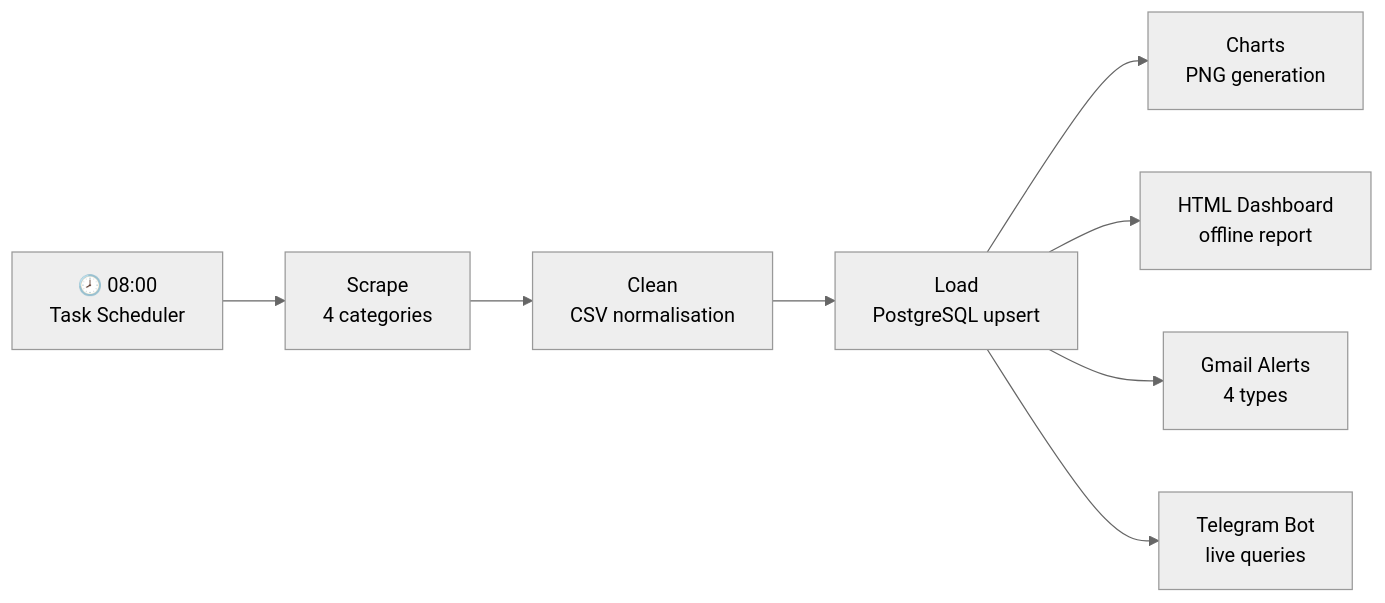
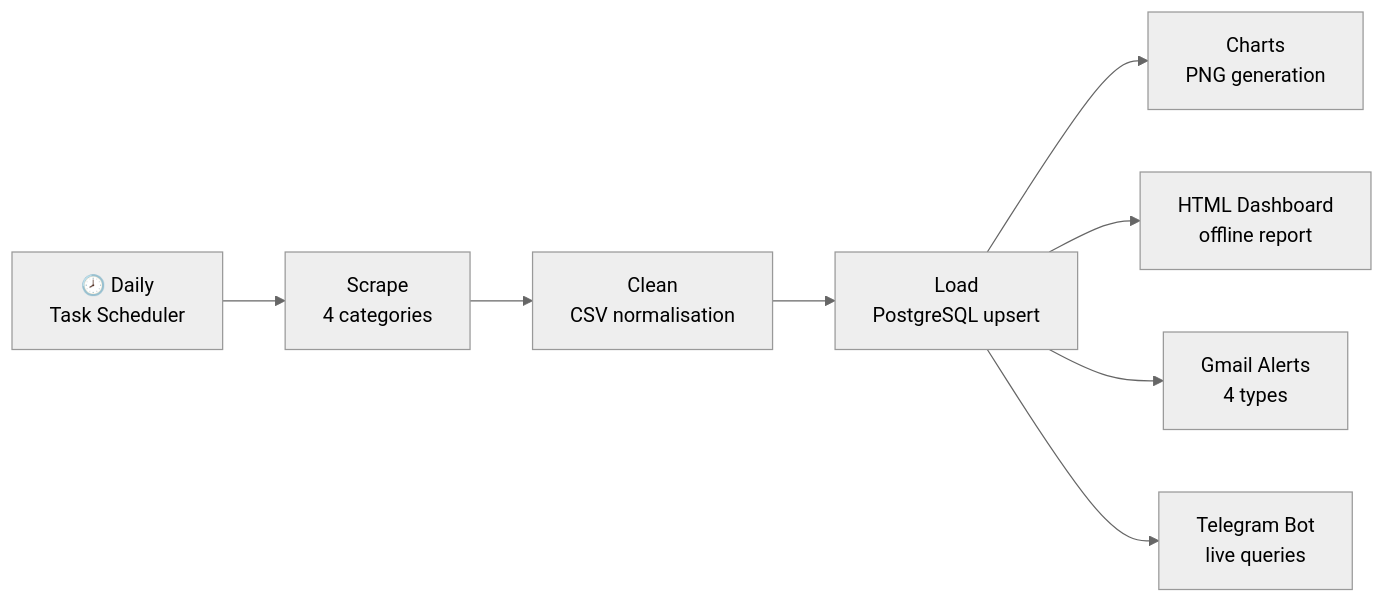
The first of 2 diagrams in README.md (StavrosKav/skroutz-data-pipeline), drawn with Mermaid (neutral theme) before and after one commit. The commit also changed other lines of this file and 2 other files, not shown here.

````diff
--- a/README.md
+++ b/README.md
@@ -23,10 +23,10 @@
 ```mermaid
 flowchart LR
-  A["🕗 08:00\nTask Scheduler"] --> B["Scrape\n4 categories"]
+  A["🕗 Daily\nTask Scheduler"] --> B["Scrape\n4 categories"]
   B --> C["Clean\nCSV normalisation"]
   C --> D["Load\nPostgreSQL upsert"]
   D --> E["Charts\nPNG generation"]
   D --> F["HTML Dashboard\noffline report"]
   D --> G["Gmail Alerts\n4 types"]
   D --> H["Telegram Bot\nlive queries"]
 ```
````
